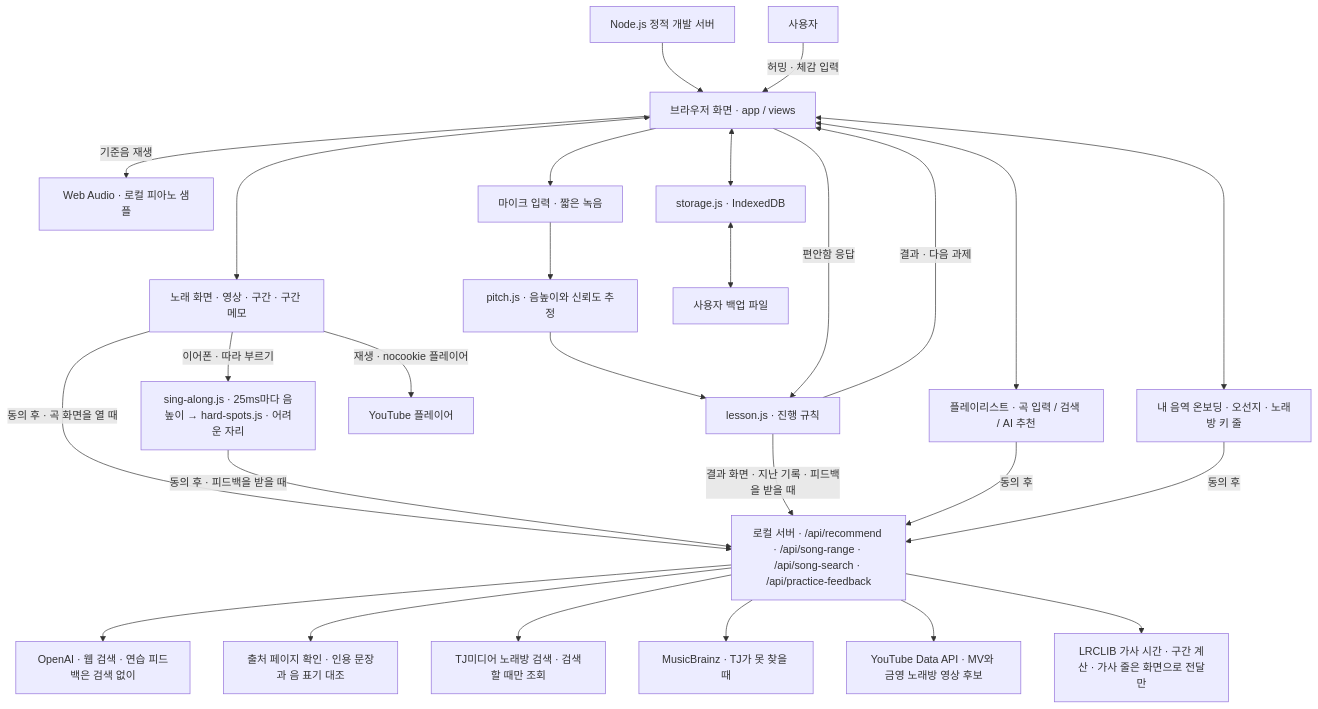
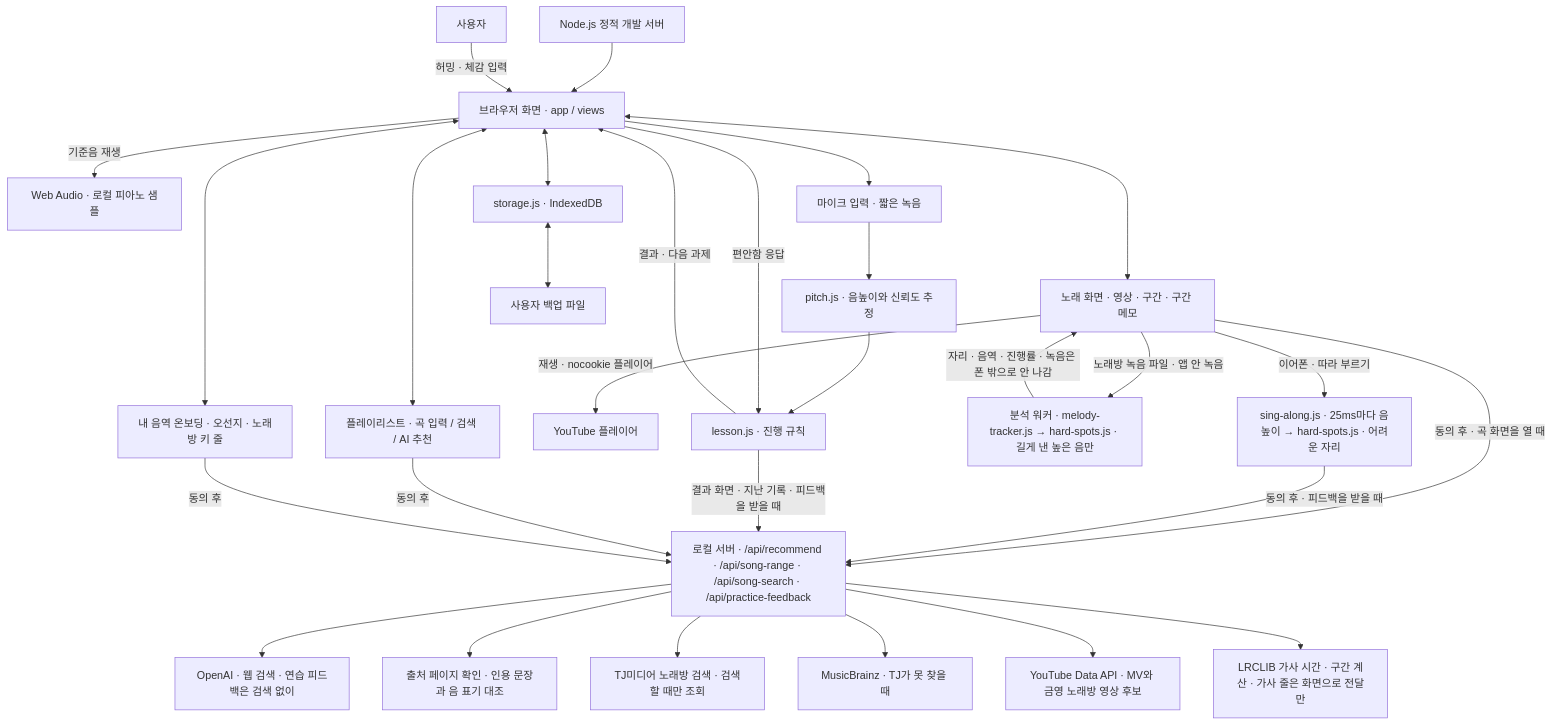
The first of 2 diagrams in docs/architecture.md (Yoonsung-kor/SING), drawn with Mermaid before and after one commit. The commit also changed other lines of this file and 4 other files, not shown here.

````diff
--- a/docs/architecture.md
+++ b/docs/architecture.md
@@ -7,29 +7,31 @@
 ```mermaid
 flowchart TD
     Static[Node.js 정적 개발 서버] --> UI[브라우저 화면 · app / views]
     User[사용자] -->|허밍 · 체감 입력| UI
     UI -->|기준음 재생| Piano[Web Audio · 로컬 피아노 샘플]
     UI --> Capture[마이크 입력 · 짧은 녹음]
     Capture --> Pitch[pitch.js · 음높이와 신뢰도 추정]
     Pitch --> Lesson[lesson.js · 진행 규칙]
     UI -->|편안함 응답| Lesson
     Lesson -->|결과 · 다음 과제| UI
     UI <--> Songs[플레이리스트 · 곡 입력 / 검색 / AI 추천]
     UI <--> SongScreen[노래 화면 · 영상 · 구간 · 구간 메모]
     SongScreen -->|재생 · nocookie 플레이어| YTPlayer[YouTube 플레이어]
     SongScreen -->|동의 후 · 곡 화면을 열 때| Server
     SongScreen -->|이어폰 · 따라 부르기| SingAlong[sing-along.js · 25ms마다 음높이 → hard-spots.js · 어려운 자리]
     SingAlong -->|동의 후 · 피드백을 받을 때| Server
+    SongScreen -->|노래방 녹음 파일 · 앱 안 녹음| Worker[분석 워커 · melody-tracker.js → hard-spots.js · 길게 낸 높은 음만]
+    Worker -->|자리 · 음역 · 진행률 · 녹음은 폰 밖으로 안 나감| SongScreen
     Lesson -->|결과 화면 · 지난 기록 · 피드백을 받을 때| Server
     UI <--> Voice[내 음역 온보딩 · 오선지 · 노래방 키 줄]
     Songs -->|동의 후| Server[로컬 서버 · /api/recommend · /api/song-range · /api/song-search · /api/practice-feedback]
     Voice -->|동의 후| Server
     Server --> OpenAI[OpenAI · 웹 검색 · 연습 피드백은 검색 없이]
     Server --> Check[출처 페이지 확인 · 인용 문장과 음 표기 대조]
     Server --> TJ[TJ미디어 노래방 검색 · 검색할 때만 조회]
     Server --> MB[MusicBrainz · TJ가 못 찾을 때]
     Server --> YT[YouTube Data API · MV와 금영 노래방 영상 후보]
     Server --> LRC[LRCLIB 가사 시간 · 구간 계산 · 가사 줄은 화면으로 전달만]
     UI <--> Store[storage.js · IndexedDB]
     Store <--> Backup[사용자 백업 파일]
 ```
````
